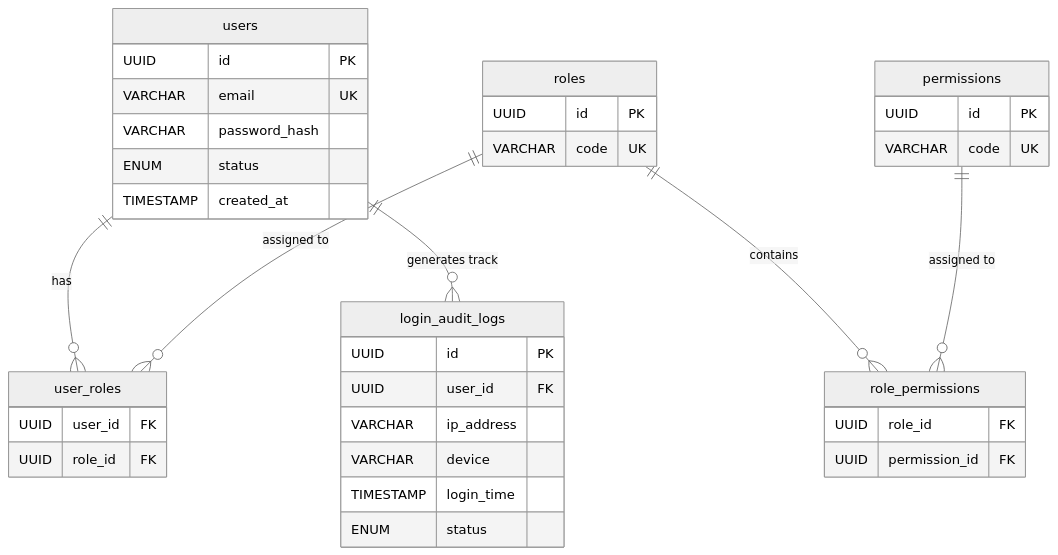
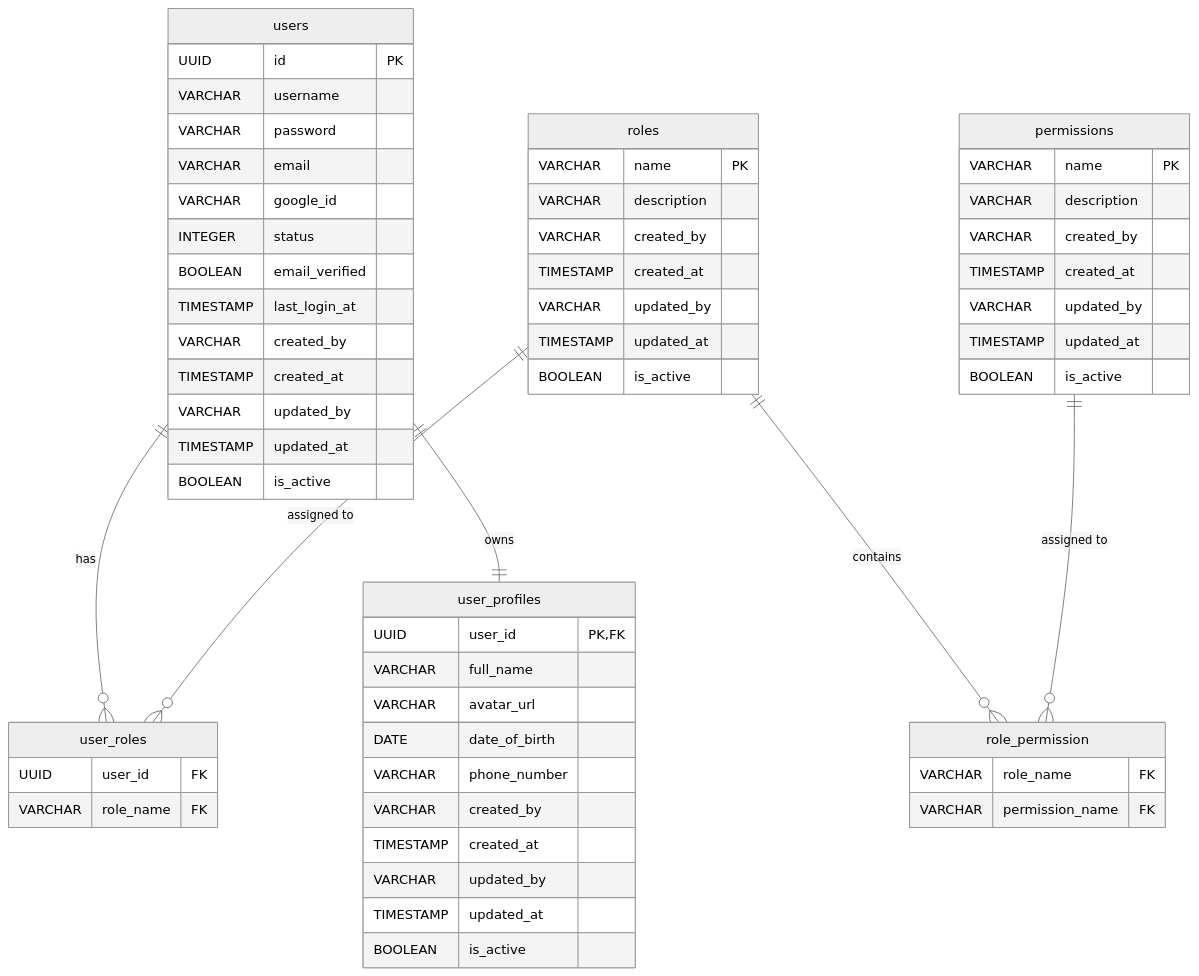
One commit to ChuNgocThang2704/AI-Slide-Generator changed the fifth of 8 diagrams in README.md. Above: the diagram before and after it, drawn with Mermaid (neutral theme). The commit also changed other lines of this file and 74 other files, not shown here.

````diff
--- a/README.md
+++ b/README.md
@@ -331,40 +256,62 @@
 ```mermaid
 erDiagram
     users ||--o{ user_roles : "has"
     roles ||--o{ user_roles : "assigned to"
-    roles ||--o{ role_permissions : "contains"
-    permissions ||--o{ role_permissions : "assigned to"
-    users ||--o{ login_audit_logs : "generates track"
+    roles ||--o{ role_permission : "contains"
+    permissions ||--o{ role_permission : "assigned to"
+    users ||--|| user_profiles : "owns"
 
     users {
         UUID id PK
-        VARCHAR email UK
-        VARCHAR password_hash
-        ENUM status
+        VARCHAR username
+        VARCHAR password
+        VARCHAR email
+        VARCHAR google_id
+        INTEGER status
+        BOOLEAN email_verified
+        TIMESTAMP last_login_at
+        VARCHAR created_by
         TIMESTAMP created_at
+        VARCHAR updated_by
+        TIMESTAMP updated_at
+        BOOLEAN is_active
+    }
+    user_profiles {
+        UUID user_id PK, FK
+        VARCHAR full_name
+        VARCHAR avatar_url
+        DATE date_of_birth
+        VARCHAR phone_number
+        VARCHAR created_by
+        TIMESTAMP created_at
+        VARCHAR updated_by
+        TIMESTAMP updated_at
+        BOOLEAN is_active
     }
     roles {
-        UUID id PK
-        VARCHAR code UK
+        VARCHAR name PK
+        VARCHAR description
+        VARCHAR created_by
+        TIMESTAMP created_at
+        VARCHAR updated_by
+        TIMESTAMP updated_at
+        BOOLEAN is_active
     }
     permissions {
-        UUID id PK
-        VARCHAR code UK
+        VARCHAR name PK
+        VARCHAR description
+        VARCHAR created_by
+        TIMESTAMP created_at
+        VARCHAR updated_by
+        TIMESTAMP updated_at
+        BOOLEAN is_active
     }
     user_roles {
         UUID user_id FK
-        UUID role_id FK
+        VARCHAR role_name FK
     }
-    role_permissions {
-        UUID role_id FK
-        UUID permission_id FK
-    }
-    login_audit_logs {
-        UUID id PK
-        UUID user_id FK
-        VARCHAR ip_address
-        VARCHAR device
-        TIMESTAMP login_time
-        ENUM status
+    role_permission {
+        VARCHAR role_name FK
+        VARCHAR permission_name FK
     }
 ```
````
